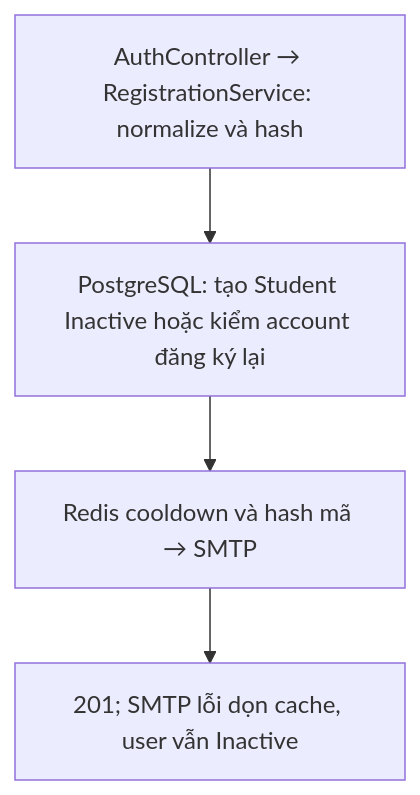
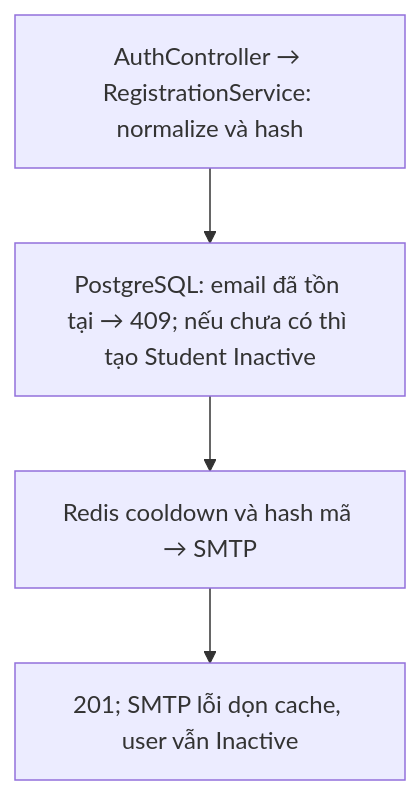
One commit to Ngduczu/web-prog-assignment changed the first of 13 diagrams in docs/api/auth.md. Above: the diagram before and after it, drawn with Mermaid. The commit also changed other lines of this file and 7 other files, not shown here.

````diff
--- a/docs/api/auth.md
+++ b/docs/api/auth.md
@@ -38,10 +38,10 @@
 ```mermaid
 flowchart TD
     N0["AuthController → RegistrationService: normalize và hash"]
-    N1["PostgreSQL: tạo Student Inactive hoặc kiểm account đăng ký lại"]
+    N1["PostgreSQL: email đã tồn tại → 409; nếu chưa có thì tạo Student Inactive"]
     N2["Redis cooldown và hash mã → SMTP"]
     N3["201; SMTP lỗi dọn cache, user vẫn Inactive"]
     N0 --> N1
     N1 --> N2
     N2 --> N3
 ```
````
